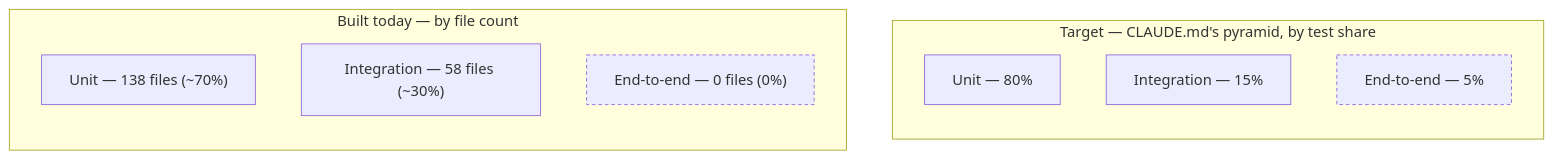
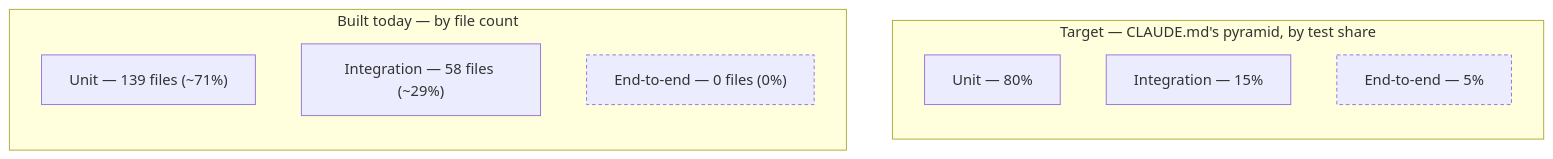
The diagram in docs/testing/TESTING.md (aaronrmDev/AI-AUGMENTED-GENERATION), drawn with Mermaid before and after one commit. The commit also changed other lines of this file and 7 other files, not shown here.

````diff
--- a/docs/testing/TESTING.md
+++ b/docs/testing/TESTING.md
@@ -15,17 +15,17 @@
 ```mermaid
 flowchart TB
     subgraph Target["Target — CLAUDE.md's pyramid, by test share"]
         direction TB
         TU["Unit — 80%"]
         TI["Integration — 15%"]
         TE["End-to-end — 5%"]
     end
     subgraph Actual["Built today — by file count"]
         direction TB
-        AU["Unit — 138 files (~70%)"]
-        AI["Integration — 58 files (~30%)"]
+        AU["Unit — 139 files (~71%)"]
+        AI["Integration — 58 files (~29%)"]
         AE["End-to-end — 0 files (0%)"]
     end
     style TE stroke-dasharray: 4 3
     style AE stroke-dasharray: 4 3
 ```
````
